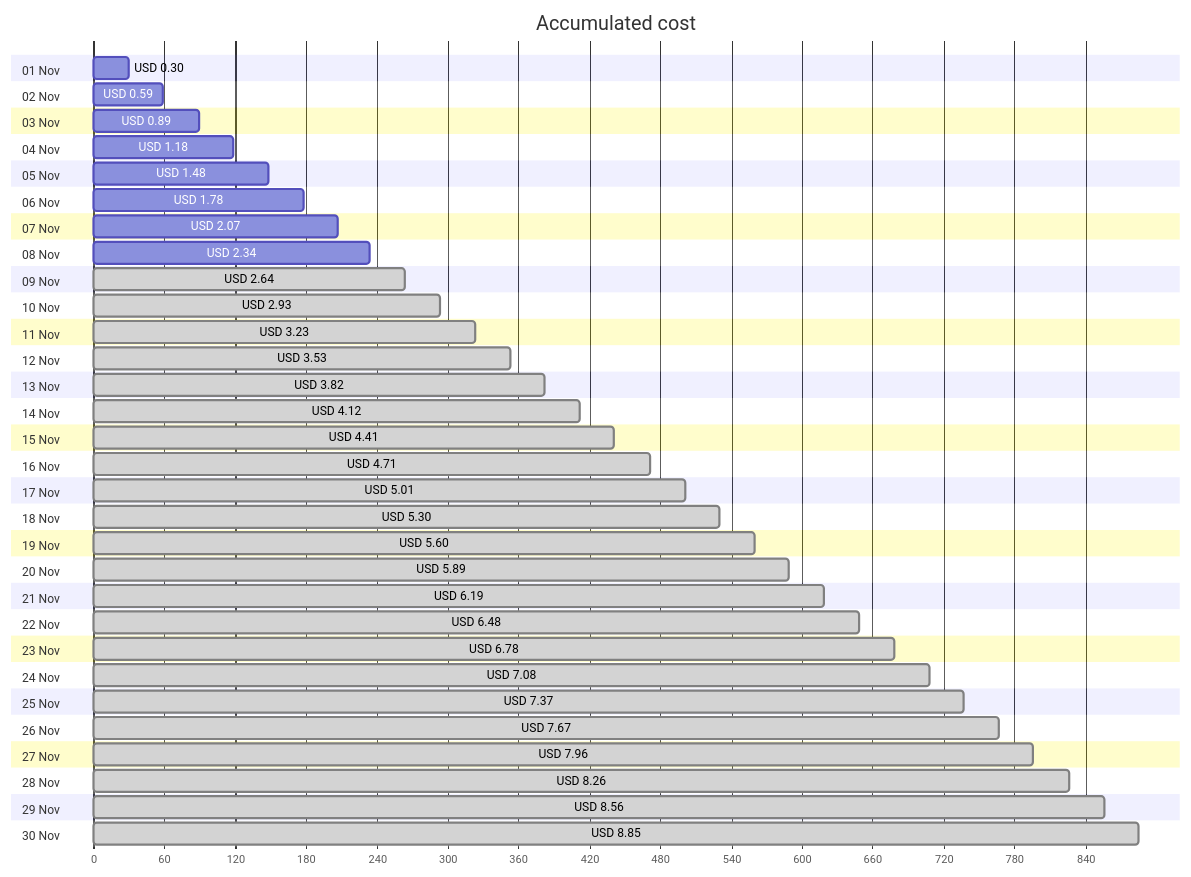
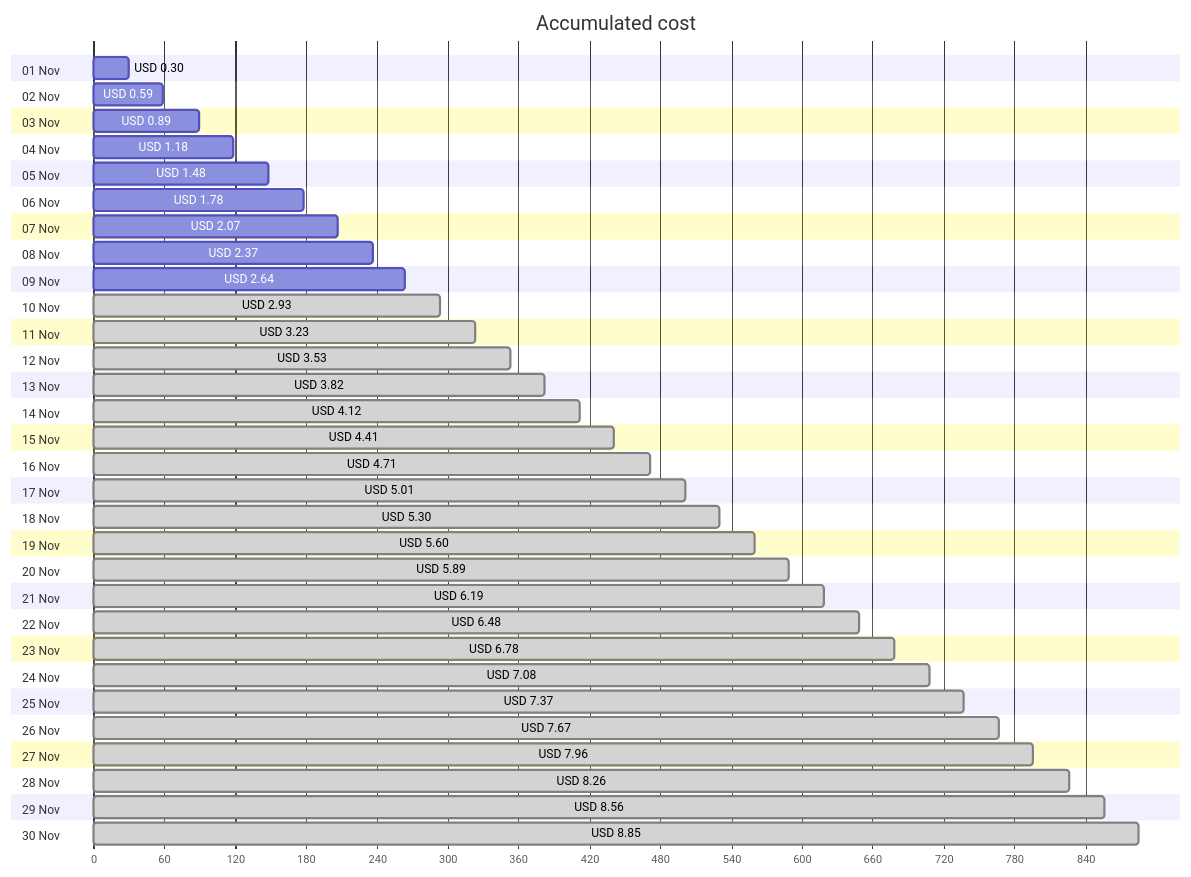
Before and after one commit to jpfulton/azure-personal-reports: the first of 4 diagrams in cost-reports/personal-site/personal-site-preview.md, drawn with Mermaid. The commit also changed other lines of this file and 6 other files, not shown here.

````diff
--- a/cost-reports/personal-site/personal-site-preview.md
+++ b/cost-reports/personal-site/personal-site-preview.md
@@ -20,66 +20,66 @@
 ```mermaid
 gantt
    title Accumulated cost
    dateFormat  X
    axisFormat %s
    section 01 Nov
    USD 0.30 :0, 30
    section 02 Nov
    USD 0.59 :0, 59
    section 03 Nov
    USD 0.89 :0, 89
    section 04 Nov
    USD 1.18 :0, 118
    section 05 Nov
    USD 1.48 :0, 148
    section 06 Nov
    USD 1.78 :0, 178
    section 07 Nov
    USD 2.07 :0, 207
    section 08 Nov
-   USD 2.34 :0, 234
+   USD 2.37 :0, 237
    section 09 Nov
-   USD 2.64 : done, 0, 264
+   USD 2.64 :0, 264
    section 10 Nov
    USD 2.93 : done, 0, 293
    section 11 Nov
    USD 3.23 : done, 0, 323
    section 12 Nov
    USD 3.53 : done, 0, 353
    section 13 Nov
    USD 3.82 : done, 0, 382
    section 14 Nov
    USD 4.12 : done, 0, 412
    section 15 Nov
    USD 4.41 : done, 0, 441
    section 16 Nov
    USD 4.71 : done, 0, 471
    section 17 Nov
    USD 5.01 : done, 0, 501
    section 18 Nov
    USD 5.30 : done, 0, 530
    section 19 Nov
    USD 5.60 : done, 0, 560
    section 20 Nov
    USD 5.89 : done, 0, 589
    section 21 Nov
    USD 6.19 : done, 0, 619
    section 22 Nov
    USD 6.48 : done, 0, 648
    section 23 Nov
    USD 6.78 : done, 0, 678
    section 24 Nov
    USD 7.08 : done, 0, 708
    section 25 Nov
    USD 7.37 : done, 0, 737
    section 26 Nov
    USD 7.67 : done, 0, 767
    section 27 Nov
    USD 7.96 : done, 0, 796
    section 28 Nov
    USD 8.26 : done, 0, 826
    section 29 Nov
    USD 8.56 : done, 0, 856
    section 30 Nov
    USD 8.85 : done, 0, 885
 ```
````
